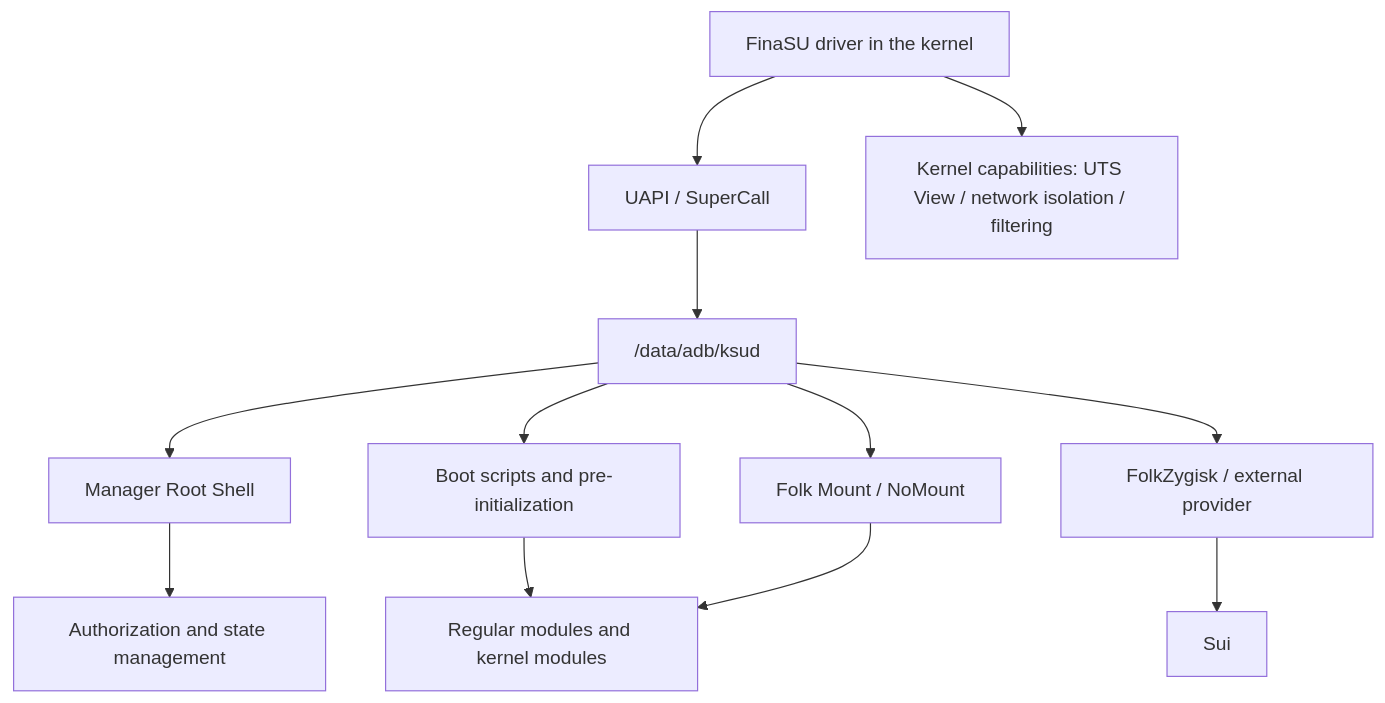
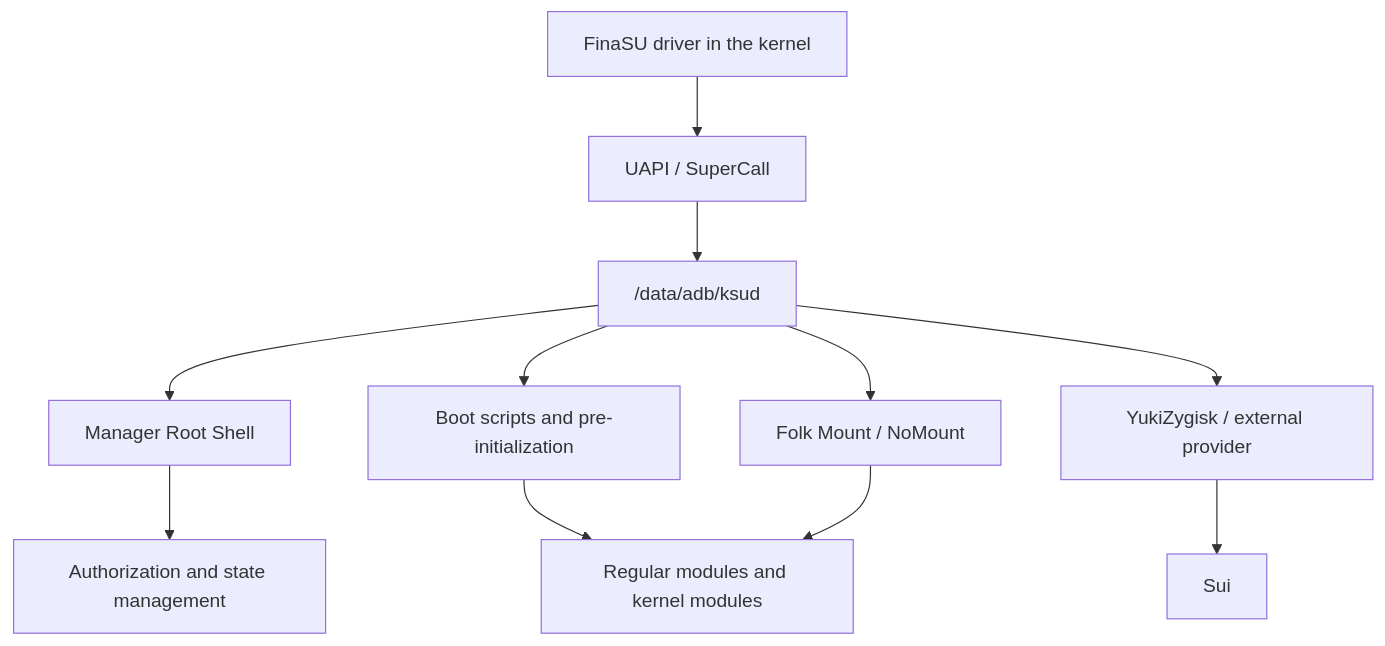
One commit to LxyaoX/FinaSU changed the first of 2 diagrams in website/docs/en/troubleshoot/runtime.md. Above: the diagram before and after it, drawn with Mermaid. The commit also changed other lines of this file and 135 other files, not shown here.

First line of the commit message:
feat!: drop kernel identity spoofing and network isolation

````diff
--- a/website/docs/en/troubleshoot/runtime.md
+++ b/website/docs/en/troubleshoot/runtime.md
@@ -21,15 +21,14 @@
 ```mermaid
 flowchart TD
     K["FinaSU driver in the kernel"] --> U["UAPI / SuperCall"]
     U --> D["/data/adb/ksud"]
     D --> M["Manager Root Shell"]
     D --> S["Boot scripts and pre-initialization"]
     D --> F["Folk Mount / NoMount"]
-    D --> Z["FolkZygisk / external provider"]
+    D --> Z["YukiZygisk / external provider"]
     Z --> SUI["Sui"]
-    K --> E["Kernel capabilities: UTS View / network isolation / filtering"]
 
     M --> A["Authorization and state management"]
     S --> MOD["Regular modules and kernel modules"]
     F --> MOD
 ```
````
